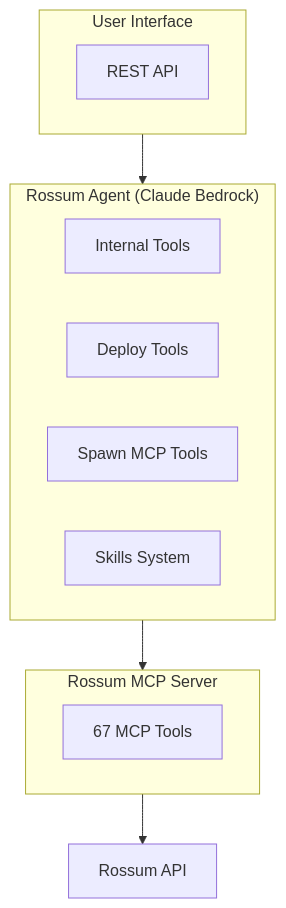
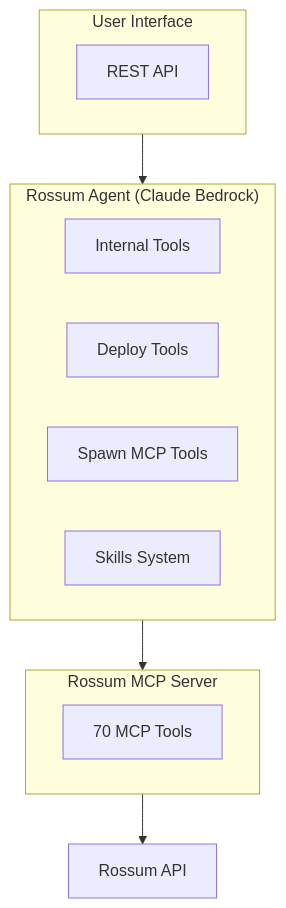
Before and after one commit to stancld/rossum-agents: the diagram in rossum-agent/README.md, drawn with Mermaid. The commit also changed other lines of this file, not shown here.

Commit message:
docs: Update rossum-agent README MCP tool count from 67 to 70

````diff
--- a/rossum-agent/README.md
+++ b/rossum-agent/README.md
@@ -197,23 +197,23 @@
 ```mermaid
 flowchart TB
     subgraph UI["User Interface"]
         A[REST API]
     end
 
     subgraph Agent["Rossum Agent (Claude Bedrock)"]
         IT[Internal Tools]
         DT[Deploy Tools]
         MT[Spawn MCP Tools]
         SK[Skills System]
     end
 
     subgraph MCP["Rossum MCP Server"]
-        Tools[67 MCP Tools]
+        Tools[70 MCP Tools]
     end
 
     API[Rossum API]
 
     UI --> Agent
     Agent --> MCP
     MCP --> API
 ```
````
